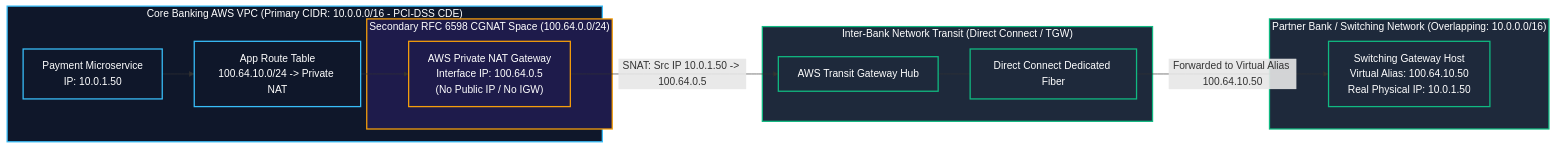
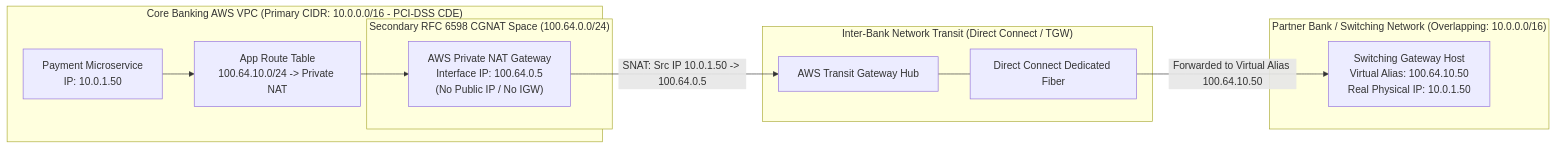
One commit to robertusnegoro/cloud-network-learning-materials changed the diagram in docs/labs/04-financial-partner-private-nat.md. Above: the diagram before and after it, drawn with Mermaid. The commit also changed 4 other files, not shown here.

Commit message:
fix(mermaid): eliminate unreadable dark-on-dark nodes, sanitize classDefs, and maximize diagram contrast & scaling

````diff
--- a/docs/labs/04-financial-partner-private-nat.md
+++ b/docs/labs/04-financial-partner-private-nat.md
@@ -16,34 +16,27 @@
 ```mermaid
 graph LR
     subgraph CoreBankingVPC["Core Banking AWS VPC (Primary CIDR: 10.0.0.0/16 - PCI-DSS CDE)"]
         PaymentApp["Payment Microservice<br/>IP: 10.0.1.50"]
         AppRT["App Route Table<br/>100.64.10.0/24 -> Private NAT"]
         
         subgraph CGNATPool["Secondary RFC 6598 CGNAT Space (100.64.0.0/24)"]
             PrivNAT["AWS Private NAT Gateway<br/>Interface IP: 100.64.0.5<br/>(No Public IP / No IGW)"]
         end
         
         PaymentApp --> AppRT
         AppRT --> PrivNAT
     end
 
     subgraph HybridTransit["Inter-Bank Network Transit (Direct Connect / TGW)"]
         TGW["AWS Transit Gateway Hub"]
         DX["Direct Connect Dedicated Fiber"]
         TGW --- DX
     end
 
     subgraph BankPartner["Partner Bank / Switching Network (Overlapping: 10.0.0.0/16)"]
         PartnerSwitch["Switching Gateway Host<br/>Virtual Alias: 100.64.10.50<br/>Real Physical IP: 10.0.1.50"]
     end
 
     PrivNAT -->|"SNAT: Src IP 10.0.1.50 -> 100.64.0.5"| TGW
     DX -->|"Forwarded to Virtual Alias 100.64.10.50"| PartnerSwitch
-
-    classDef aws fill:#0f172a,stroke:#38bdf8,stroke-width:2px,color:#fff;
-    classDef nat fill:#1e1b4b,stroke:#f59e0b,stroke-width:2px,color:#fff;
-    classDef partner fill:#1e293b,stroke:#10b981,stroke-width:2px,color:#fff;
-    class CoreBankingVPC,PaymentApp,AppRT aws;
-    class CGNATPool,PrivNAT nat;
-    class HybridTransit,TGW,DX,BankPartner,PartnerSwitch partner;
 ```
````
